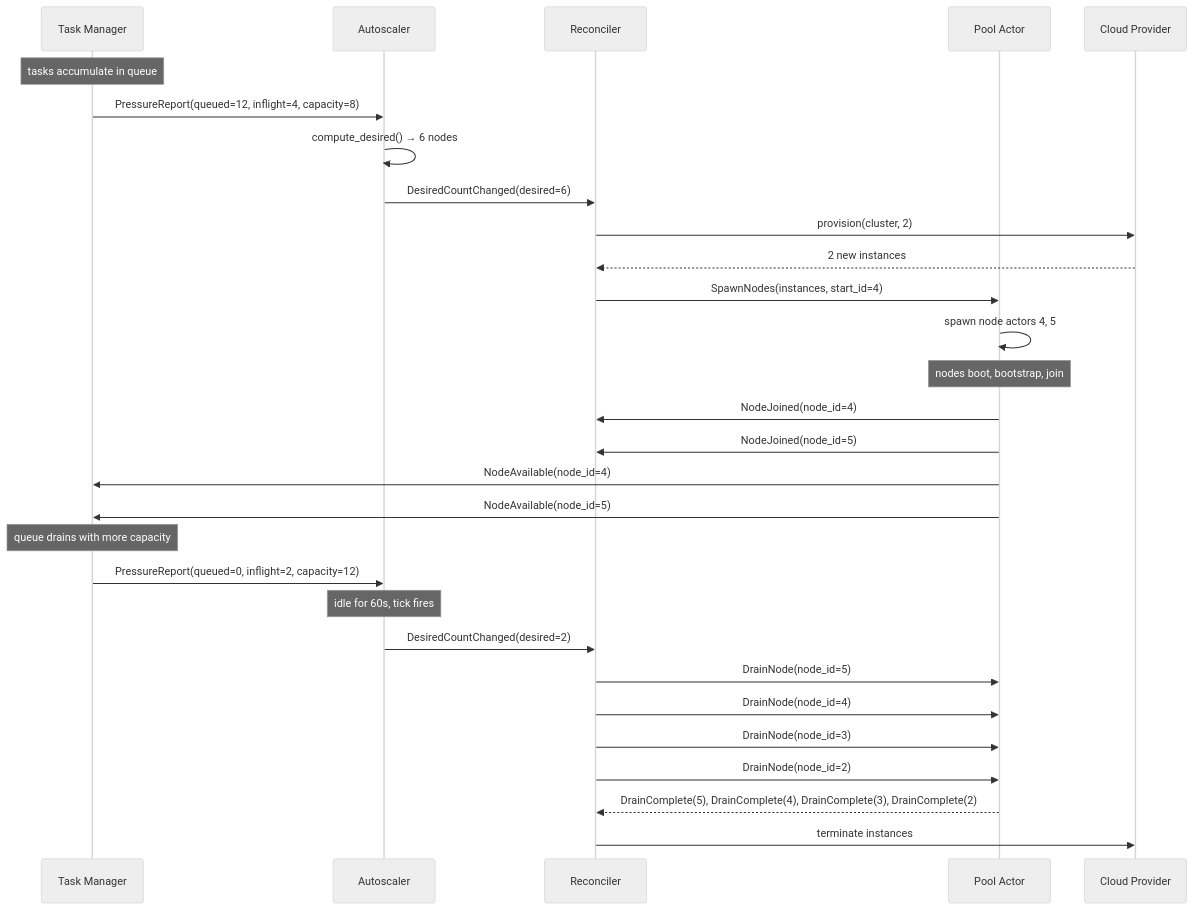
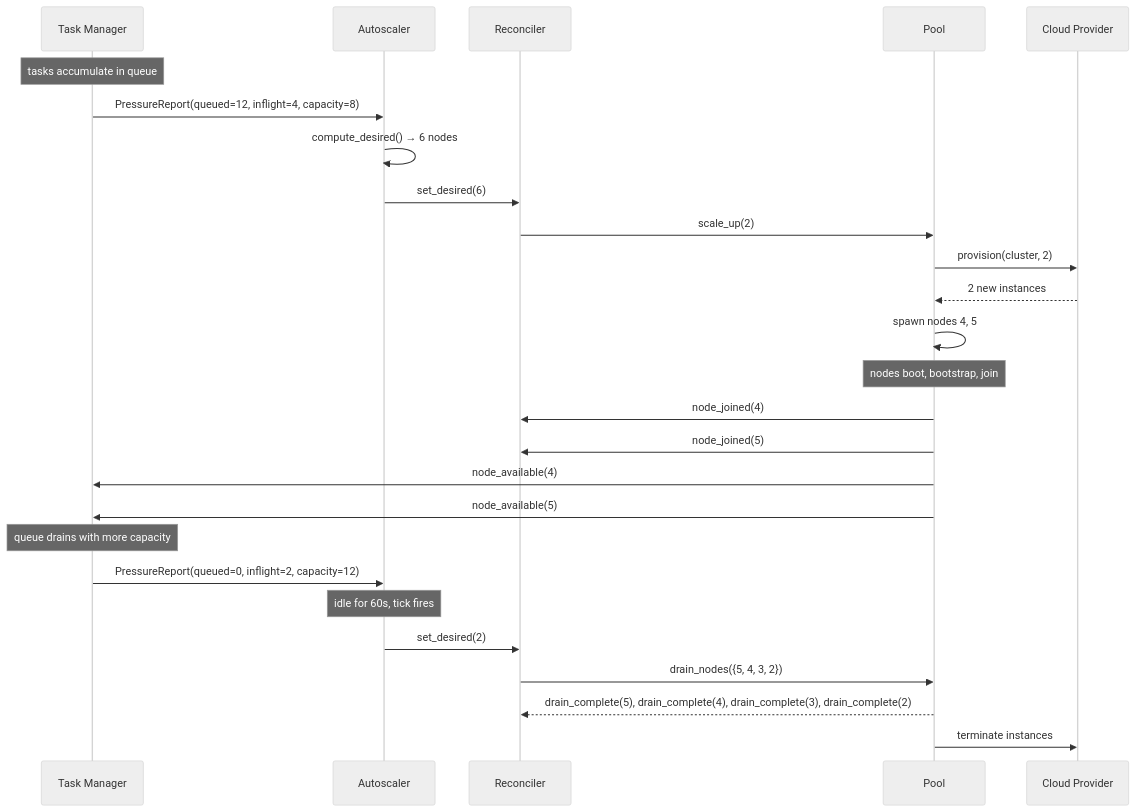
One commit to gabfssilva/skyward changed the second of 2 diagrams in docs/provision-controllers.md. Above: the diagram before and after it, drawn with Mermaid (neutral theme). The commit also changed other lines of this file and 17 other files, not shown here.

````diff
--- a/docs/provision-controllers.md
+++ b/docs/provision-controllers.md
@@ -170,39 +170,36 @@
 ```mermaid
 sequenceDiagram
     participant TM as Task Manager
     participant AS as Autoscaler
     participant RC as Reconciler
-    participant Pool as Pool Actor
+    participant Pool as Pool
     participant Cloud as Cloud Provider
 
     Note over TM: tasks accumulate in queue
 
     TM->>AS: PressureReport(queued=12, inflight=4, capacity=8)
     AS->>AS: compute_desired() → 6 nodes
-    AS->>RC: DesiredCountChanged(desired=6)
-    RC->>Cloud: provision(cluster, 2)
-    Cloud-->>RC: 2 new instances
-    RC->>Pool: SpawnNodes(instances, start_id=4)
-    Pool->>Pool: spawn node actors 4, 5
+    AS->>RC: set_desired(6)
+    RC->>Pool: scale_up(2)
+    Pool->>Cloud: provision(cluster, 2)
+    Cloud-->>Pool: 2 new instances
+    Pool->>Pool: spawn nodes 4, 5
 
     Note over Pool: nodes boot, bootstrap, join
 
-    Pool->>RC: NodeJoined(node_id=4)
-    Pool->>RC: NodeJoined(node_id=5)
-    Pool->>TM: NodeAvailable(node_id=4)
-    Pool->>TM: NodeAvailable(node_id=5)
+    Pool->>RC: node_joined(4)
+    Pool->>RC: node_joined(5)
+    Pool->>TM: node_available(4)
+    Pool->>TM: node_available(5)
 
     Note over TM: queue drains with more capacity
 
     TM->>AS: PressureReport(queued=0, inflight=2, capacity=12)
 
     Note over AS: idle for 60s, tick fires
 
-    AS->>RC: DesiredCountChanged(desired=2)
-    RC->>Pool: DrainNode(node_id=5)
-    RC->>Pool: DrainNode(node_id=4)
-    RC->>Pool: DrainNode(node_id=3)
-    RC->>Pool: DrainNode(node_id=2)
-    Pool-->>RC: DrainComplete(5), DrainComplete(4), DrainComplete(3), DrainComplete(2)
-    RC->>Cloud: terminate instances
+    AS->>RC: set_desired(2)
+    RC->>Pool: drain_nodes({5, 4, 3, 2})
+    Pool-->>RC: drain_complete(5), drain_complete(4), drain_complete(3), drain_complete(2)
+    Pool->>Cloud: terminate instances
 ```
````
